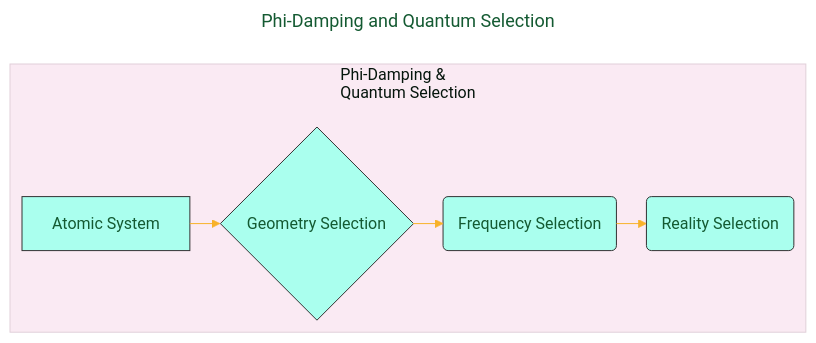
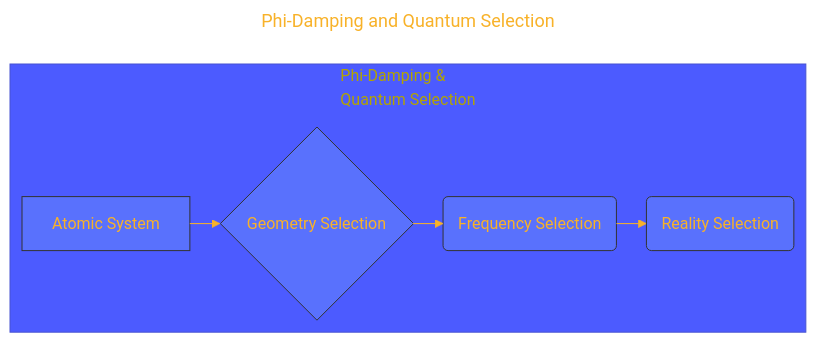
The fifth of 10 diagrams in Quantum_Harmonic_Atomic_Model/Quantum_Harmonic_Atomic_Model_Draft_6.md (CongLeSolutionX/Harmonic_Atomica), drawn with Mermaid before and after one commit. The commit also changed other lines of this file and 1 other file, not shown here.

````diff
--- a/Quantum_Harmonic_Atomic_Model/Quantum_Harmonic_Atomic_Model_Draft_6.md
+++ b/Quantum_Harmonic_Atomic_Model/Quantum_Harmonic_Atomic_Model_Draft_6.md
@@ -219,42 +219,42 @@
 ```mermaid
 ---
 title: "Phi-Damping and Quantum Selection"
 author: "Cong Le"
 version: "1.0"
 license(s): "MIT, CC BY 4.0"
 copyright: "Copyright (c) 2025 Cong Le. All Rights Reserved."
 config:
   layout: elk
   theme: base
 ---
 %%%%%%%% Mermaid version v11.4.1-b.14
 %%%%%%%% Available curve styles include the following keywords:
 %% basis, bumpX, bumpY, cardinal, catmullRom, linear, monotoneX, monotoneY, natural, step, stepAfter, stepBefore.
 %%{
   init: {
-    'flowchart': { 'htmlLabels': false, 'curve': 'linear' },
+    'flowchart': { 'htmlLabels': true, 'curve': 'linear' },
     'fontFamily': 'Monaco',
     'themeVariables': {
-      'primaryColor': '#D5F5E3',
-      'primaryTextColor': '#145A32',
+      'primaryColor': '#FE3',
+      'primaryTextColor': '#F8B229',
       'lineColor': '#F8B229',
       'primaryBorderColor': '#27AE60',
       'secondaryColor': '#EBDEF0',
       'secondaryTextColor': '#6C3483',
       'secondaryBorderColor': '#A569BD'
     }
   }
 }%%
-graph LR
+flowchart LR
 	subgraph Phi_Damping["Phi-Damping &<br/> Quantum Selection"]
 		A["Atomic System"] --> B{"Geometry Selection"}
 		B --> C("Frequency Selection")
 		C --> D("Reality Selection")
 	end
 
-	style A fill:#afe,stroke:#333,stroke-width:1px
-	style B fill:#afe,stroke:#333,stroke-width:1px
-	style C fill:#afe,stroke:#333,stroke-width:1px
-	style D fill:#afe,stroke:#333,stroke-width:1px
+	style A fill:#afe2,stroke:#333,stroke-width:1px
+	style B fill:#afe2,stroke:#333,stroke-width:1px
+	style C fill:#afe2,stroke:#333,stroke-width:1px
+	style D fill:#afe2,stroke:#333,stroke-width:1px
 
 ```
````
